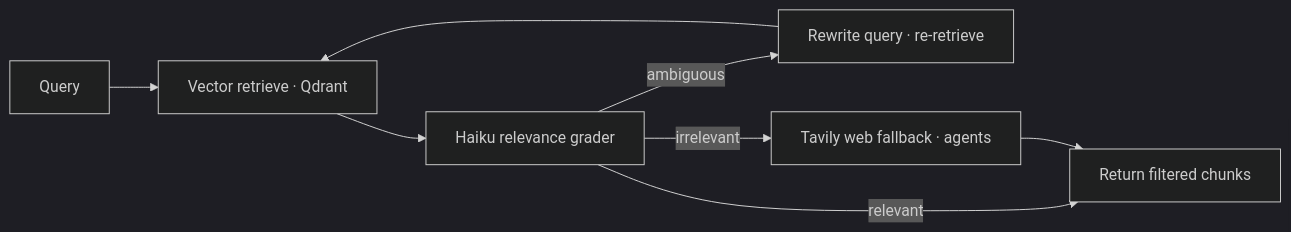
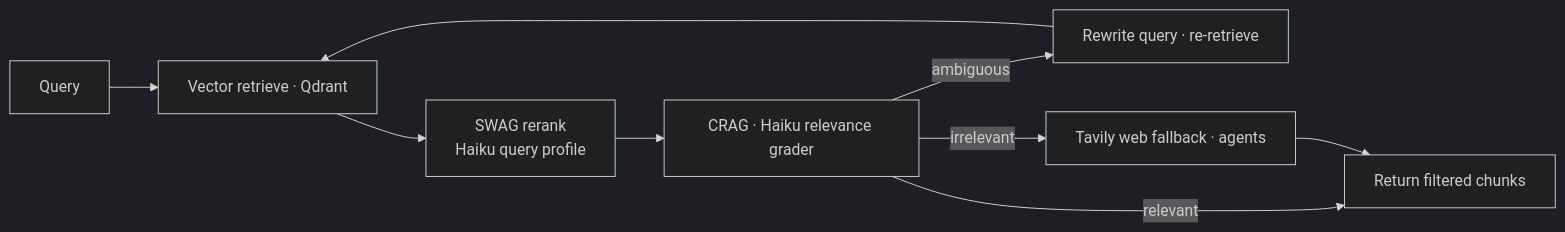
One commit to emguru/langrag changed the second of 7 diagrams in docs/ARCHITECTURE_DIAGRAM.md. Above: the diagram before and after it, drawn with Mermaid (dark theme). The commit also changed other lines of this file and 20 other files, not shown here.

First line of the commit message:
Add SWAG reranking layer with pipeline modes and updated architecture docs.

````diff
--- a/docs/ARCHITECTURE_DIAGRAM.md
+++ b/docs/ARCHITECTURE_DIAGRAM.md
@@ -112,10 +112,11 @@
 ```mermaid
 flowchart LR
   Q[Query] --> R[Vector retrieve · Qdrant]
-  R --> G[Haiku relevance grader]
+  R --> S[SWAG rerank<br/>Haiku query profile]
+  S --> G[CRAG · Haiku relevance grader]
   G -->|relevant| F[Return filtered chunks]
   G -->|ambiguous| RW[Rewrite query · re-retrieve]
   RW --> R
   G -->|irrelevant| W[Tavily web fallback · agents]
   W --> F
 ```
````
